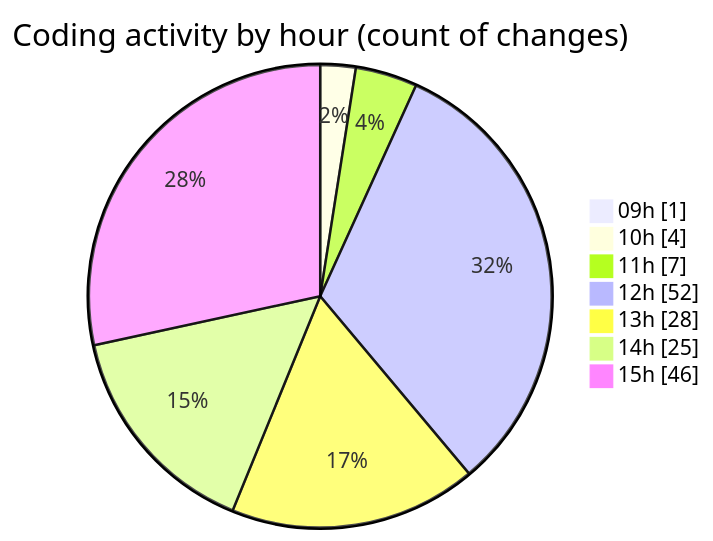
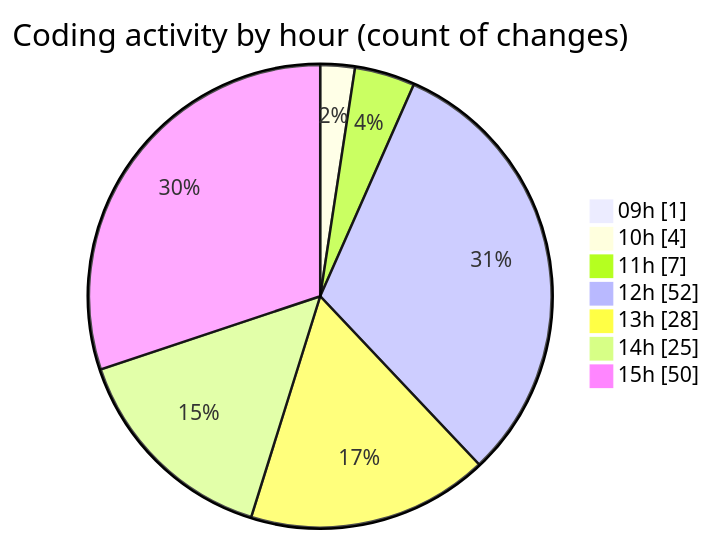
Before and after one commit to momahboobian/code-tracking: the second of 2 diagrams in 2025-04-07/cda/README.md, drawn with Mermaid. The commit also changed other lines of this file and 1 other file, not shown here.

````diff
--- a/2025-04-07/cda/README.md
+++ b/2025-04-07/cda/README.md
@@ -36,11 +36,11 @@
 ```mermaid
 pie showData
 title Coding activity by hour (count of changes)
 "09h" : 1
 "10h" : 4
 "11h" : 7
 "12h" : 52
 "13h" : 28
 "14h" : 25
-"15h" : 46
+"15h" : 50
 ```
````
